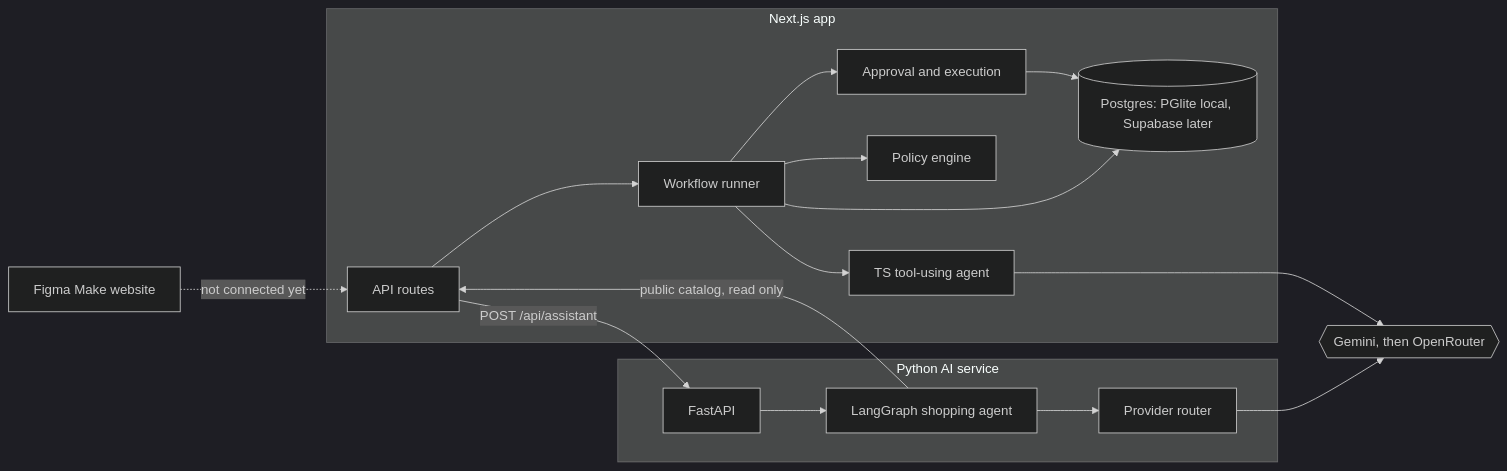
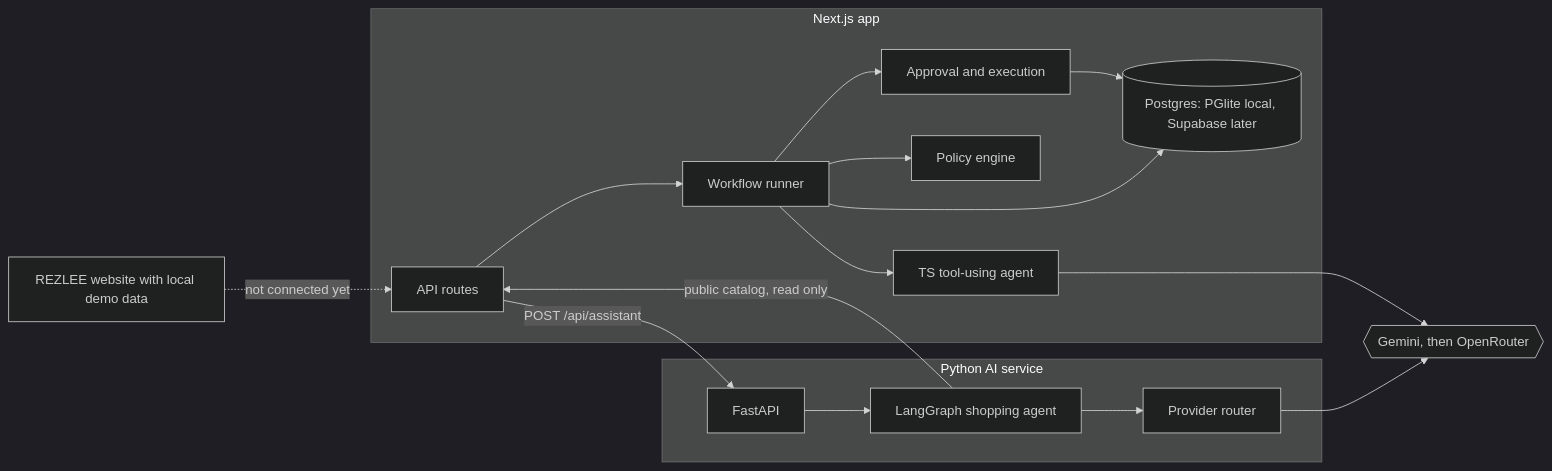
The diagram in README.md (rezlee71017/commercial-operations-ai), drawn with Mermaid (dark theme) before and after one commit. The commit also changed other lines of this file and 1 other file, not shown here.

````diff
--- a/README.md
+++ b/README.md
@@ -38,20 +38,20 @@
 ```mermaid
 flowchart LR
-  UI[Figma Make website] -.->|not connected yet| API
+  UI[REZLEE website with local demo data] -.->|not connected yet| API
   subgraph Web[Next.js app]
     API[API routes] --> RUN[Workflow runner]
     RUN --> AGENT[TS tool-using agent]
     RUN --> POLICY[Policy engine]
     RUN --> EXEC[Approval and execution]
     EXEC --> DB[(Postgres: PGlite local, Supabase later)]
     RUN --> DB
   end
   AGENT --> PROV{{Gemini, then OpenRouter}}
   subgraph Py[Python AI service]
     FAPI[FastAPI] --> LG[LangGraph shopping agent]
     LG --> PR[Provider router]
   end
   LG -->|public catalog, read only| API
   PR --> PROV
   API -->|POST /api/assistant| FAPI
 ```
````
